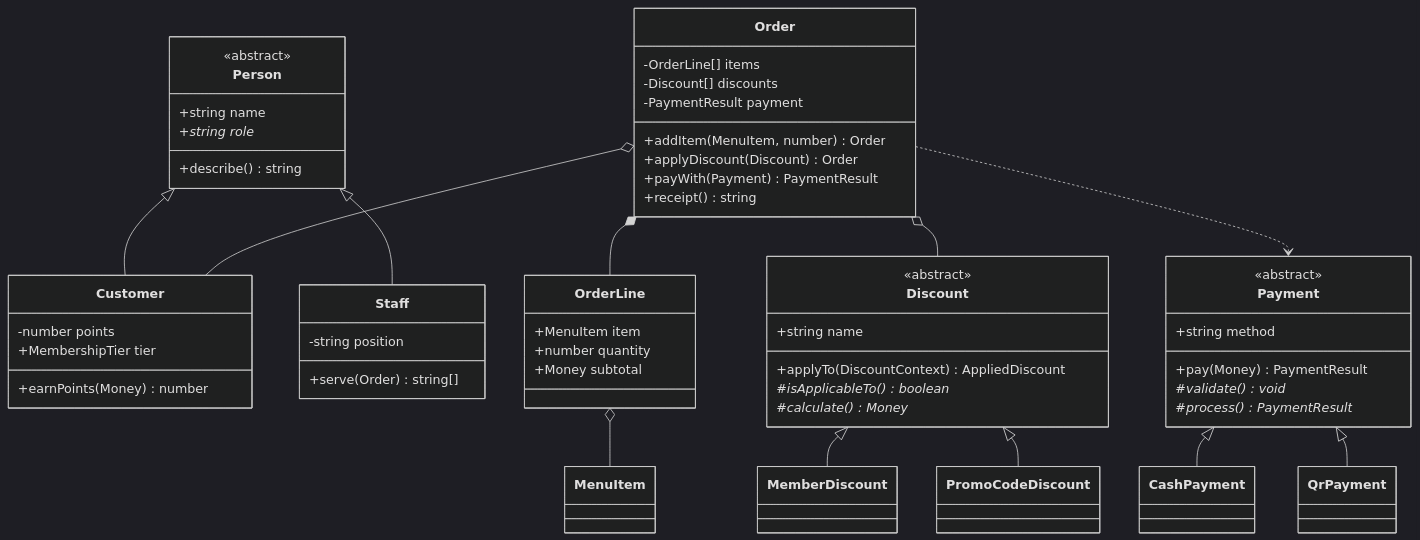
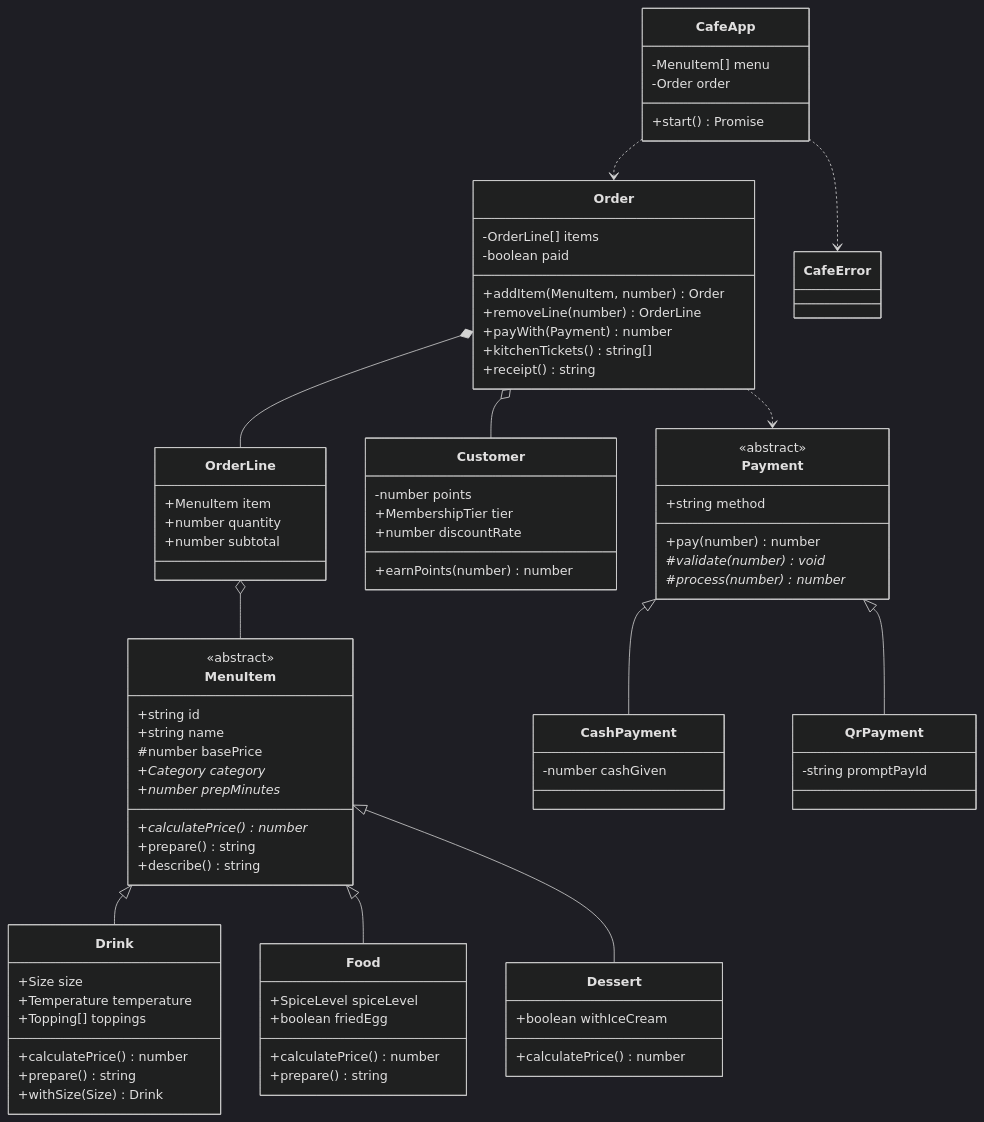
The diagram in README.md (Jester1478/ProjectOOP), drawn with Mermaid (dark theme) before and after one commit. The commit also changed other lines of this file and 20 other files, not shown here.

````diff
--- a/README.md
+++ b/README.md
@@ -174,58 +50,86 @@
 ```mermaid
 classDiagram
-    class Person {
+    class MenuItem {
         <<abstract>>
+        +string id
         +string name
-        +string role*
+        #number basePrice
+        +Category category*
+        +number prepMinutes*
+        +calculatePrice()* number
+        +prepare() string
         +describe() string
     }
-    class Customer {
-        -number points
-        +MembershipTier tier
-        +earnPoints(Money) number
+    class Drink {
+        +Size size
+        +Temperature temperature
+        +Topping[] toppings
+        +calculatePrice() number
+        +prepare() string
+        +withSize(Size) Drink
     }
-    class Staff {
-        -string position
-        +serve(Order) string[]
+    class Food {
+        +SpiceLevel spiceLevel
+        +boolean friedEgg
+        +calculatePrice() number
+        +prepare() string
     }
+    class Dessert {
+        +boolean withIceCream
+        +calculatePrice() number
+    }
+
     class Order {
         -OrderLine[] items
-        -Discount[] discounts
-        -PaymentResult payment
+        -boolean paid
         +addItem(MenuItem, number) Order
-        +applyDiscount(Discount) Order
-        +payWith(Payment) PaymentResult
+        +removeLine(number) OrderLine
+        +payWith(Payment) number
+        +kitchenTickets() string[]
         +receipt() string
     }
     class OrderLine {
         +MenuItem item
         +number quantity
-        +Money subtotal
+        +number subtotal
     }
-    class Discount {
-        <<abstract>>
-        +string name
-        +applyTo(DiscountContext) AppliedDiscount
-        #isApplicableTo()* boolean
-        #calculate()* Money
+    class Customer {
+        -number points
+        +MembershipTier tier
+        +number discountRate
+        +earnPoints(number) number
     }
+
     class Payment {
         <<abstract>>
         +string method
-        +pay(Money) PaymentResult
-        #validate()* void
-        #process()* PaymentResult
+        +pay(number) number
+        #validate(number)* void
+        #process(number)* number
+    }
+    class CashPayment {
+        -number cashGiven
+    }
+    class QrPayment {
+        -string promptPayId
     }
 
-    Person <|-- Customer
-    Person <|-- Staff
+    class CafeApp {
+        -MenuItem[] menu
+        -Order order
+        +start() Promise
+    }
+    class CafeError
+
+    MenuItem <|-- Drink
+    MenuItem <|-- Food
+    MenuItem <|-- Dessert
+    Payment <|-- CashPayment
+    Payment <|-- QrPayment
     Order *-- OrderLine
-    Order o-- Discount
     Order o-- Customer
     Order ..> Payment
     OrderLine o-- MenuItem
-    Discount <|-- MemberDiscount
-    Discount <|-- PromoCodeDiscount
-    Payment <|-- CashPayment
-    Payment <|-- QrPayment
+    CafeApp ..> Order
+    CafeApp ..> CafeError
 ```
````
